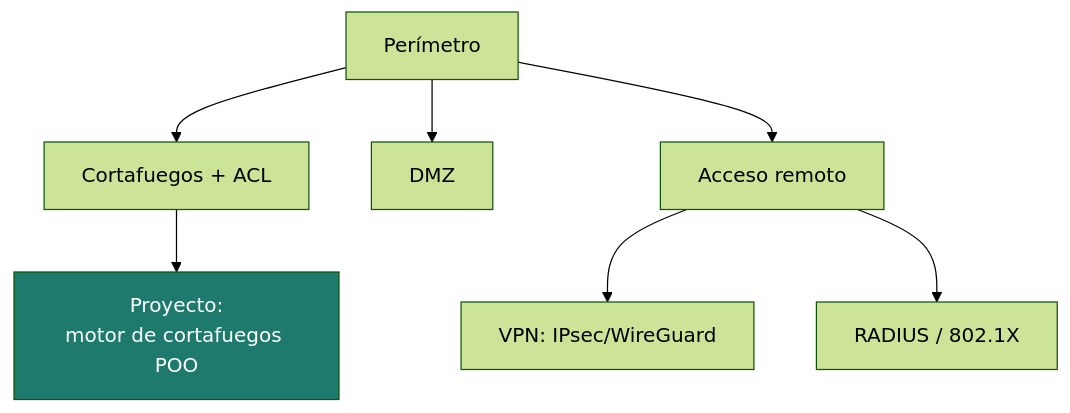
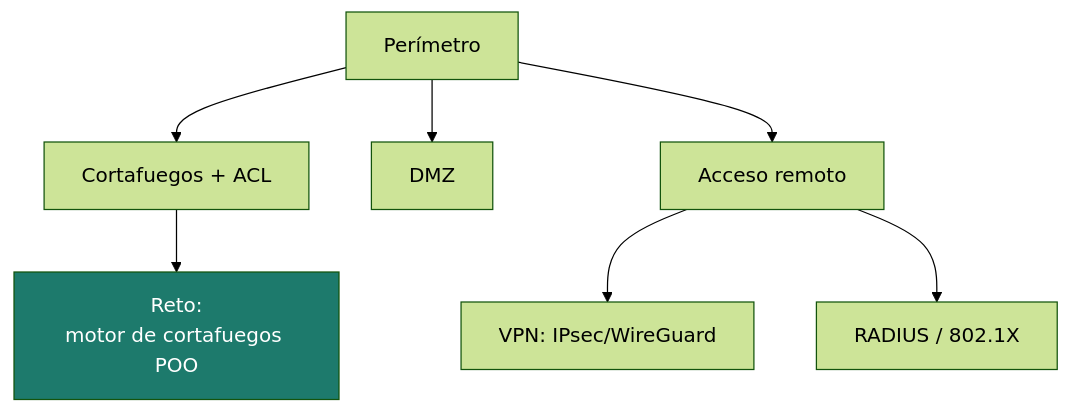
One commit to campusdevfp/cybersec2627 changed the first of 2 diagrams in docs/ud3/index.md. Above: the diagram before and after it, drawn with Mermaid (forest theme). The commit also changed other lines of this file and 16 other files, not shown here.

````diff
--- a/docs/ud3/index.md
+++ b/docs/ud3/index.md
@@ -15,10 +15,10 @@
 ```mermaid
 flowchart TB
     A[Perímetro] --> B[Cortafuegos + ACL]
     A --> C[DMZ]
     A --> D[Acceso remoto]
     D --> D1[VPN: IPsec/WireGuard]
     D --> D2[RADIUS / 802.1X]
-    B --> P[Proyecto:<br/>motor de cortafuegos POO]
+    B --> P[Reto:<br/>motor de cortafuegos POO]
     style P fill:#1d7a6c,color:#fff
 ```
````
